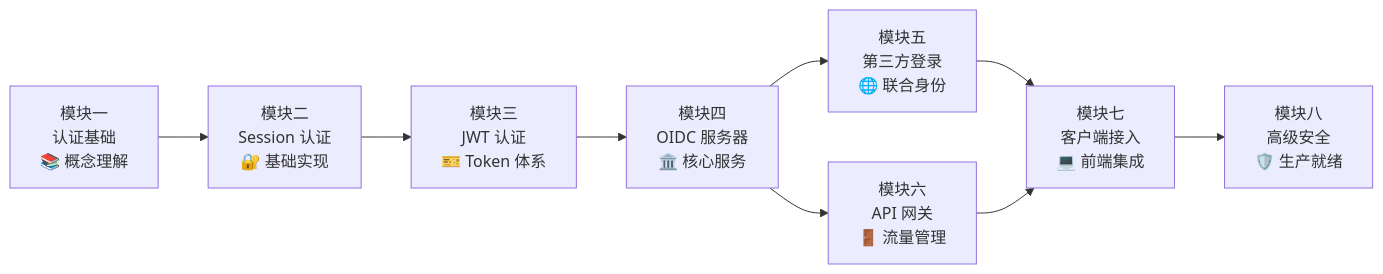
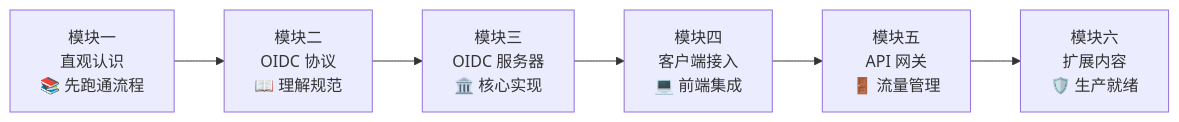
One commit to luohuidong/auth-tutorial changed the second of 2 diagrams in docs/tutorial-overview.md. Above: the diagram before and after it, drawn with Mermaid. The commit also changed other lines of this file and 36 other files, not shown here.

````diff
--- a/docs/tutorial-overview.md
+++ b/docs/tutorial-overview.md
@@ -93,20 +75,27 @@
 ```mermaid
 flowchart LR
-    M1["模块一\n认证基础\n📚 概念理解"]
-    M2["模块二\nSession 认证\n🔐 基础实现"]
-    M3["模块三\nJWT 认证\n🎫 Token 体系"]
-    M4["模块四\nOIDC 服务器\n🏛️ 核心服务"]
-    M5["模块五\n第三方登录\n🌐 联合身份"]
-    M6["模块六\nAPI 网关\n🚪 流量管理"]
-    M7["模块七\n客户端接入\n💻 前端集成"]
-    M8["模块八\n高级安全\n🛡️ 生产就绪"]
+    M1["模块一
+直观认识
+📚 先跑通流程"]
+    M2["模块二
+OIDC 协议
+📖 理解规范"]
+    M3["模块三
+OIDC 服务器
+🏛️ 核心实现"]
+    M4["模块四
+客户端接入
+💻 前端集成"]
+    M5["模块五
+API 网关
+🚪 流量管理"]
+    M6["模块六
+扩展内容
+🛡️ 生产就绪"]
 
     M1 --> M2
     M2 --> M3
     M3 --> M4
     M4 --> M5
-    M4 --> M6
-    M5 --> M7
-    M6 --> M7
-    M7 --> M8
+    M5 --> M6
 ```
````
